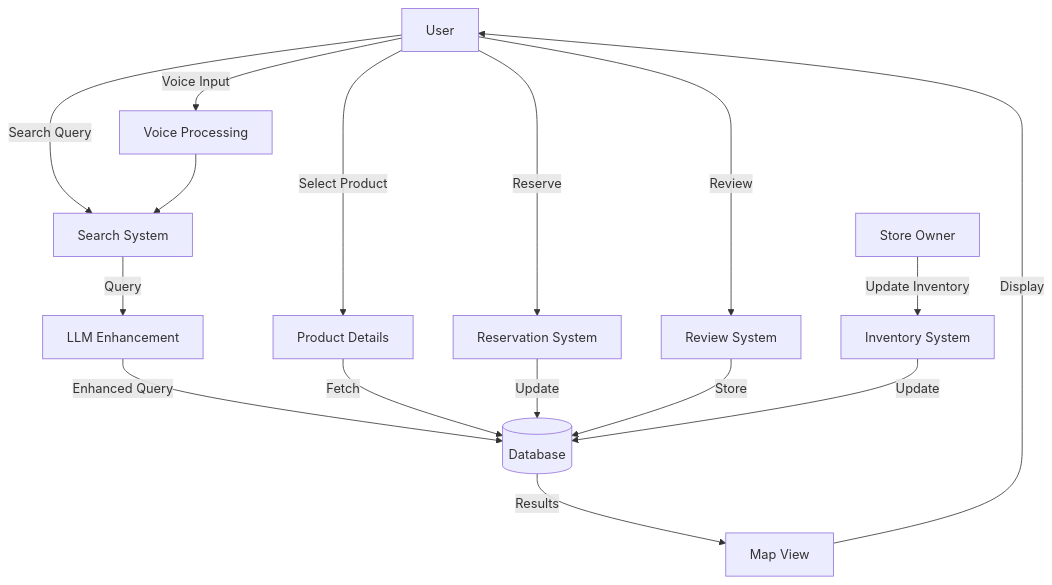
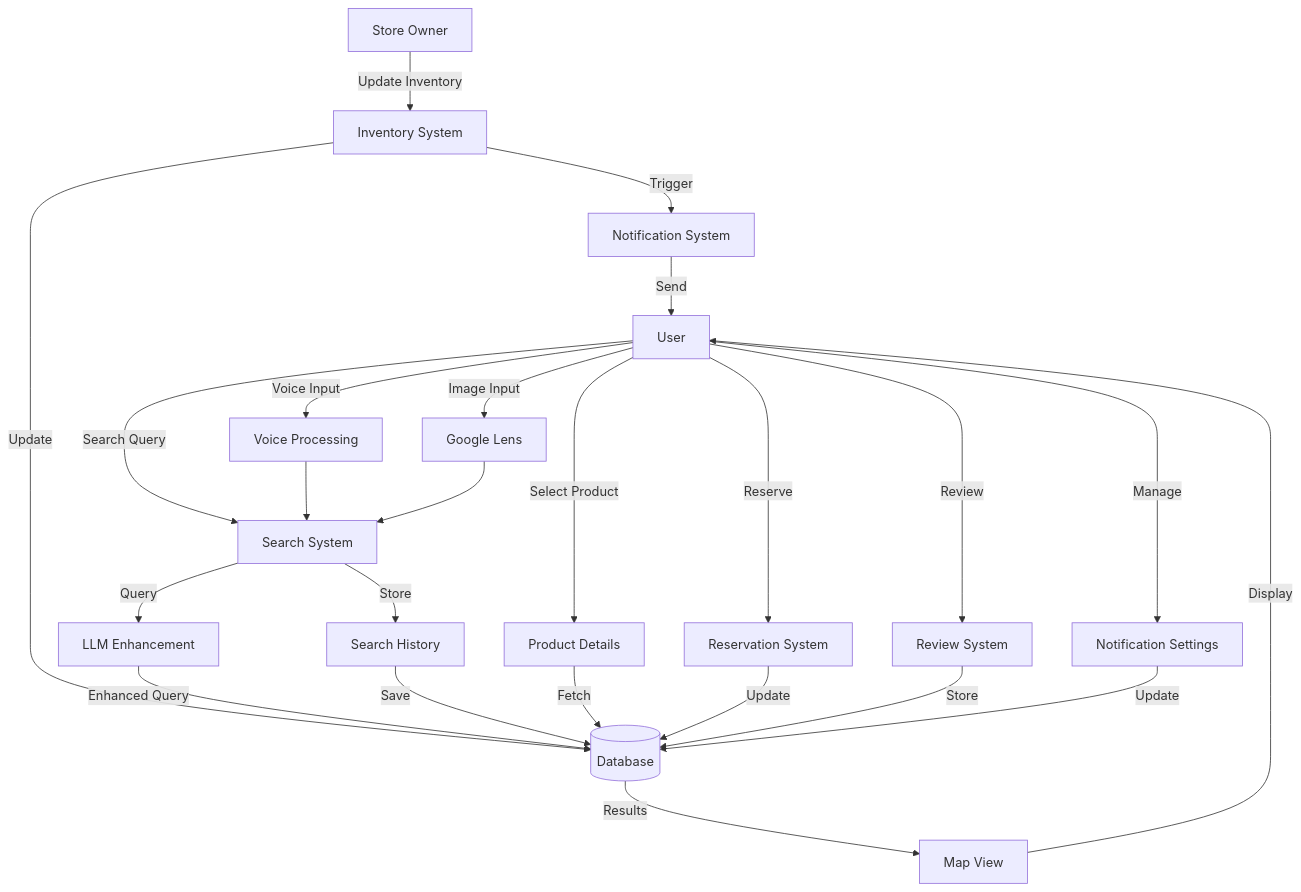
One commit to r04nx/obsidian changed the third of 7 diagrams in Work/SPIT Hackathon/Main Document.md. Above: the diagram before and after it, drawn with Mermaid. The commit also changed other lines of this file and 25 other files, not shown here.

````diff
--- a/Work/SPIT Hackathon/Main Document.md
+++ b/Work/SPIT Hackathon/Main Document.md
@@ -180,18 +222,26 @@
 ```mermaid
 flowchart TD
     U[User] --> |Search Query| S[Search System]
     U --> |Voice Input| V[Voice Processing]
+    U --> |Image Input| GL[Google Lens]
     V --> S
+    GL --> S
     S --> |Query| L[LLM Enhancement]
     L --> |Enhanced Query| DB[(Database)]
     DB --> |Results| M[Map View]
     M --> |Display| U
     U --> |Select Product| P[Product Details]
     P --> |Fetch| DB
     U --> |Reserve| R[Reservation System]
     R --> |Update| DB
     U --> |Review| REV[Review System]
     REV --> |Store| DB
     ST[Store Owner] --> |Update Inventory| I[Inventory System]
     I --> |Update| DB
+    I --> |Trigger| N[Notification System]
+    N --> |Send| U
+    S --> |Store| SH[Search History]
+    SH --> |Save| DB
+    U --> |Manage| NS[Notification Settings]
+    NS --> |Update| DB
 ```
````
